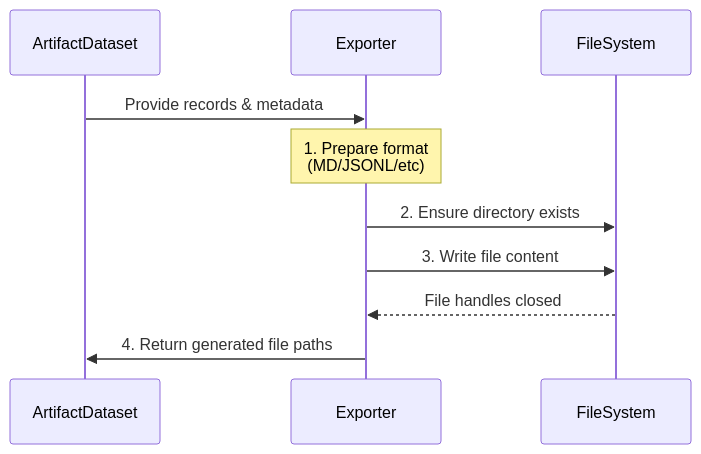
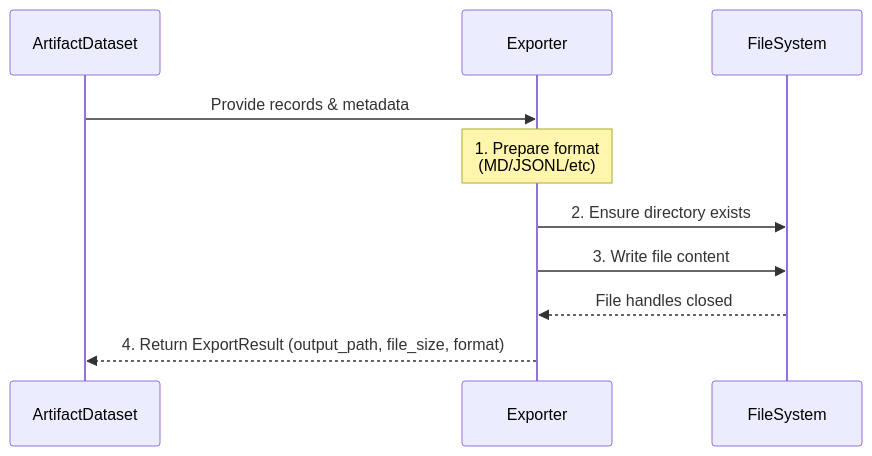
One commit to yeongseon/kpubdata-builder changed the second of 4 diagrams in EXPORT_MODEL.md. Above: the diagram before and after it, drawn with Mermaid. The commit also changed other lines of this file and 5 other files, not shown here.

````diff
--- a/EXPORT_MODEL.md
+++ b/EXPORT_MODEL.md
@@ -40,13 +55,13 @@
 ```mermaid
 sequenceDiagram
     participant AD as ArtifactDataset
     participant E as Exporter
     participant FS as FileSystem
 
     AD->>E: Provide records & metadata
     Note over E: 1. Prepare format<br/>(MD/JSONL/etc)
     E->>FS: 2. Ensure directory exists
     E->>FS: 3. Write file content
     FS-->>E: File handles closed
-    E->>AD: 4. Return generated file paths
+    E-->>AD: 4. Return ExportResult (output_path, file_size, format)
 ```
````
